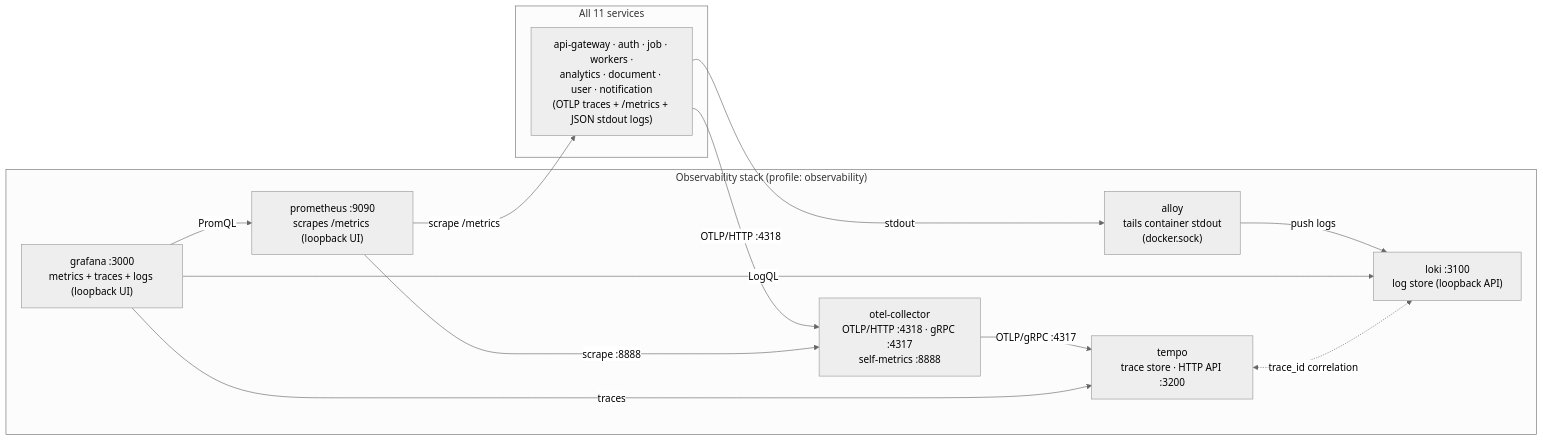
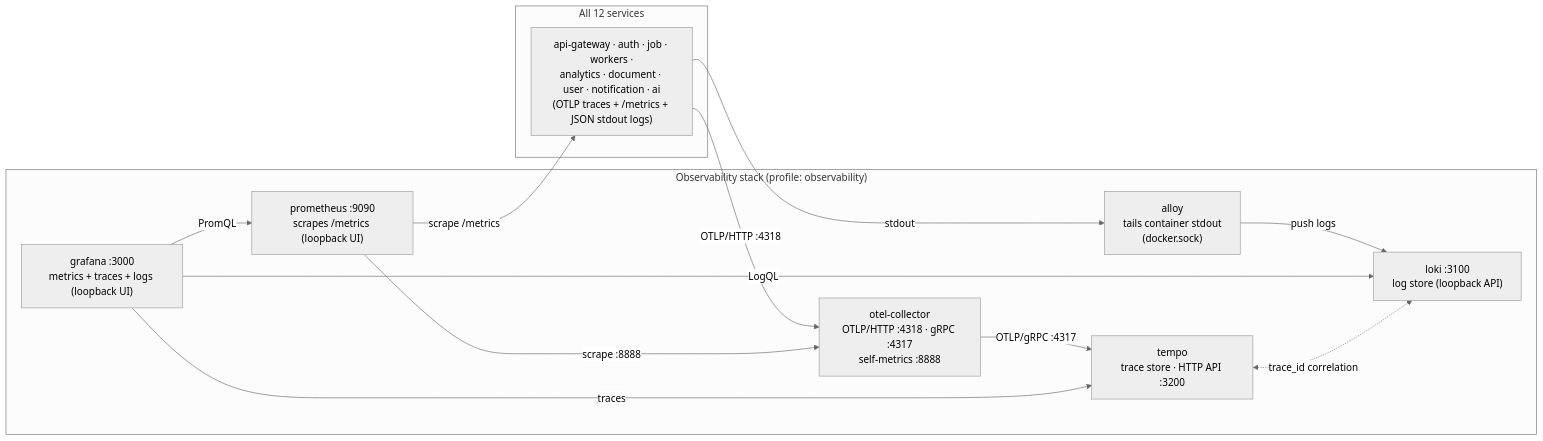
One commit to code-farms/fyredocs_backend changed the second of 7 diagrams in docs/developer/mermaid/system-overview.md. Above: the diagram before and after it, drawn with Mermaid (neutral theme). The commit also changed other lines of this file and 50 other files, not shown here.

````diff
--- a/docs/developer/mermaid/system-overview.md
+++ b/docs/developer/mermaid/system-overview.md
@@ -128,26 +132,26 @@
 ```mermaid
 graph LR
-    subgraph Services["All 11 services"]
-        SVC["api-gateway · auth · job · workers ·<br/>analytics · document · user · notification<br/>(OTLP traces + /metrics + JSON stdout logs)"]
+    subgraph Services["All 12 services"]
+        SVC["api-gateway · auth · job · workers ·<br/>analytics · document · user · notification · ai<br/>(OTLP traces + /metrics + JSON stdout logs)"]
     end
 
     subgraph Obs["Observability stack (profile: observability)"]
         COL["otel-collector<br/>OTLP/HTTP :4318 · gRPC :4317<br/>self-metrics :8888"]
         TEMPO["tempo<br/>trace store · HTTP API :3200"]
         PROM["prometheus :9090<br/>scrapes /metrics (loopback UI)"]
         ALLOY["alloy<br/>tails container stdout<br/>(docker.sock)"]
         LOKI["loki :3100<br/>log store (loopback API)"]
         GRAF["grafana :3000<br/>metrics + traces + logs (loopback UI)"]
     end
 
     SVC -->|OTLP/HTTP :4318| COL
     COL -->|OTLP/gRPC :4317| TEMPO
     PROM -->|scrape /metrics| SVC
     PROM -->|scrape :8888| COL
     SVC -->|stdout| ALLOY
     ALLOY -->|push logs| LOKI
     GRAF -->|PromQL| PROM
     GRAF -->|traces| TEMPO
     GRAF -->|LogQL| LOKI
     TEMPO <-.->|trace_id correlation| LOKI
 ```
````
